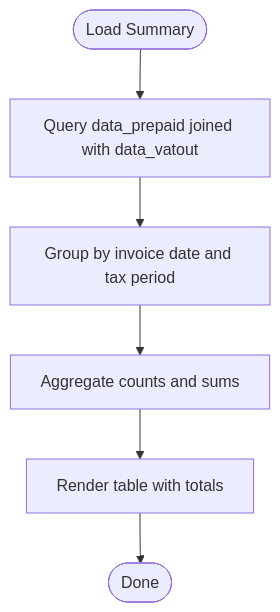
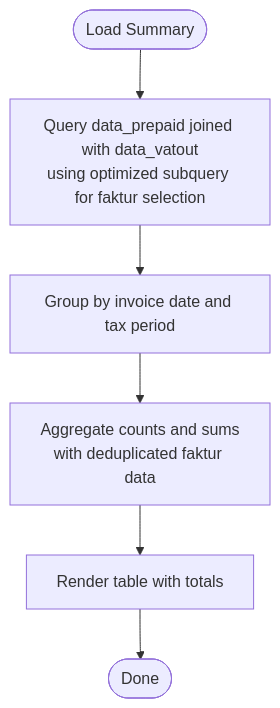
One commit to rendisiagian/TDS_by_RENDISIAGIAN changed the fifth of 6 diagrams in .qoder/repowiki/en/content/Tax Deducted at Source (TDS) System/Prepaid Tax Management.md. Above: the diagram before and after it, drawn with Mermaid. The commit also changed other lines of this file and 6 other files, not shown here.

First line of the commit message:
perf(tax-prepaid): optimize database joins and deduplication in summary queries

````diff
--- a/.qoder/repowiki/en/content/Tax Deducted at Source (TDS) System/Prepaid Tax Management.md
+++ b/.qoder/repowiki/en/content/Tax Deducted at Source (TDS) System/Prepaid Tax Management.md
@@ -201,8 +210,8 @@
 ```mermaid
 flowchart TD
-Start(["Load Summary"]) --> Query["Query data_prepaid joined with data_vatout"]
+Start(["Load Summary"]) --> Query["Query data_prepaid joined with data_vatout<br/>using optimized subquery for faktur selection"]
 Query --> Group["Group by invoice date and tax period"]
-Group --> Aggregate["Aggregate counts and sums"]
+Group --> Aggregate["Aggregate counts and sums<br/>with deduplicated faktur data"]
 Aggregate --> Render["Render table with totals"]
 Render --> End(["Done"])
 ```
````
